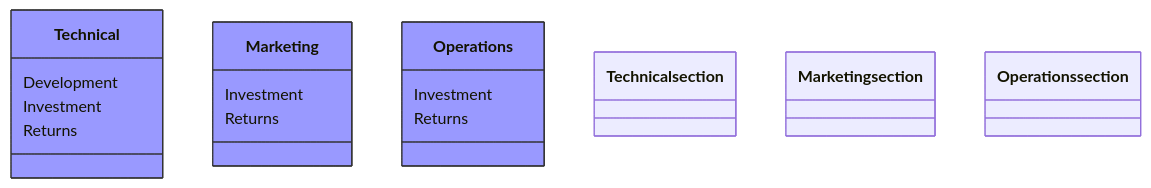
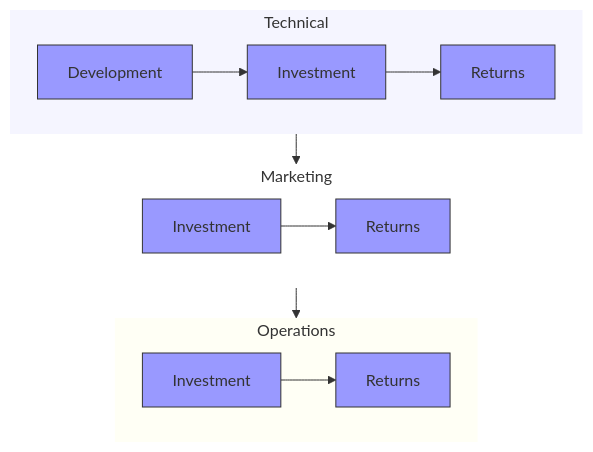
One commit to MEMEFANS/memefans changed the third of 14 diagrams in docs/whitepaper/product-features.md. Above: the diagram before and after it, drawn with Mermaid. The commit also changed other lines of this file, not shown here.

Commit message:
重新设计ROI时间轴：使用graph TB并优化布局

````diff
--- a/docs/whitepaper/product-features.md
+++ b/docs/whitepaper/product-features.md
@@ -139,25 +139,37 @@
 ```mermaid
-classDiagram
-    class Technical {
-        Development
-        Investment
-        Returns
-    }
-    class Marketing {
-        Investment
-        Returns
-    }
-    class Operations {
-        Investment
-        Returns
-    }
+graph TB
+    subgraph Technical["Technical"]
+        direction LR
+        T1[Development] --> T2[Investment] --> T3[Returns]
+    end
+    
+    subgraph Marketing["Marketing"]
+        direction LR
+        M1[Investment] --> M2[Returns]
+    end
+    
+    subgraph Operations["Operations"]
+        direction LR
+        O1[Investment] --> O2[Returns]
+    end
 
+    %% 设置布局
+    Technical --> Marketing
+    Marketing --> Operations
+    
     %% 设置样式
     classDef default fill:#9999ff,stroke:#333,stroke-width:1px
-    classDef section fill:#f5f5ff,stroke:none
+    classDef techBg fill:#f5f5ff,stroke:none
+    classDef mktBg fill:#ffffff,stroke:none
+    classDef opsBg fill:#fffff5,stroke:none
     
-    %% 应用样式
-    class Technical section
-    class Marketing section
-    class Operations section
+    class T1,T2,T3 default
+    class M1,M2 default
+    class O1,O2 default
+    class Technical techBg
+    class Marketing mktBg
+    class Operations opsBg
+
+    %% 调整方向和位置
+    %%{init: {'flowchart': {'nodeSpacing': 50, 'rankSpacing': 30}}}%%
 ```
````
